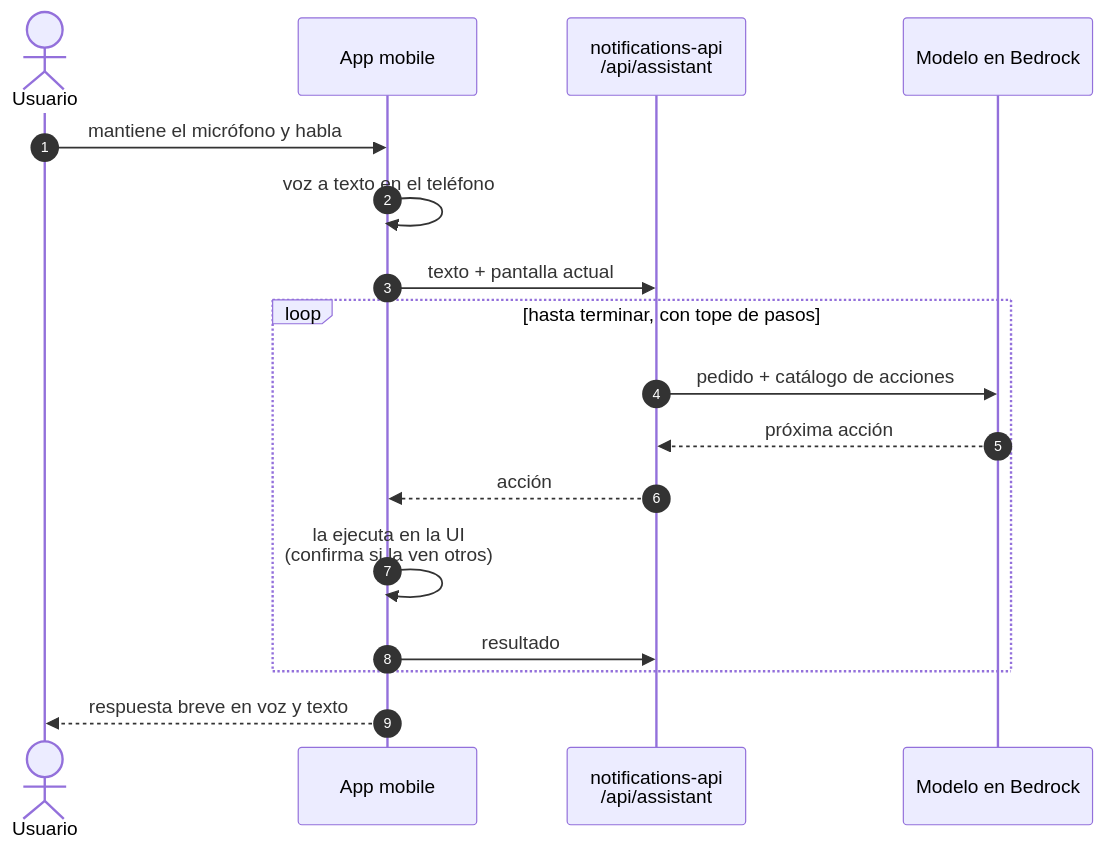
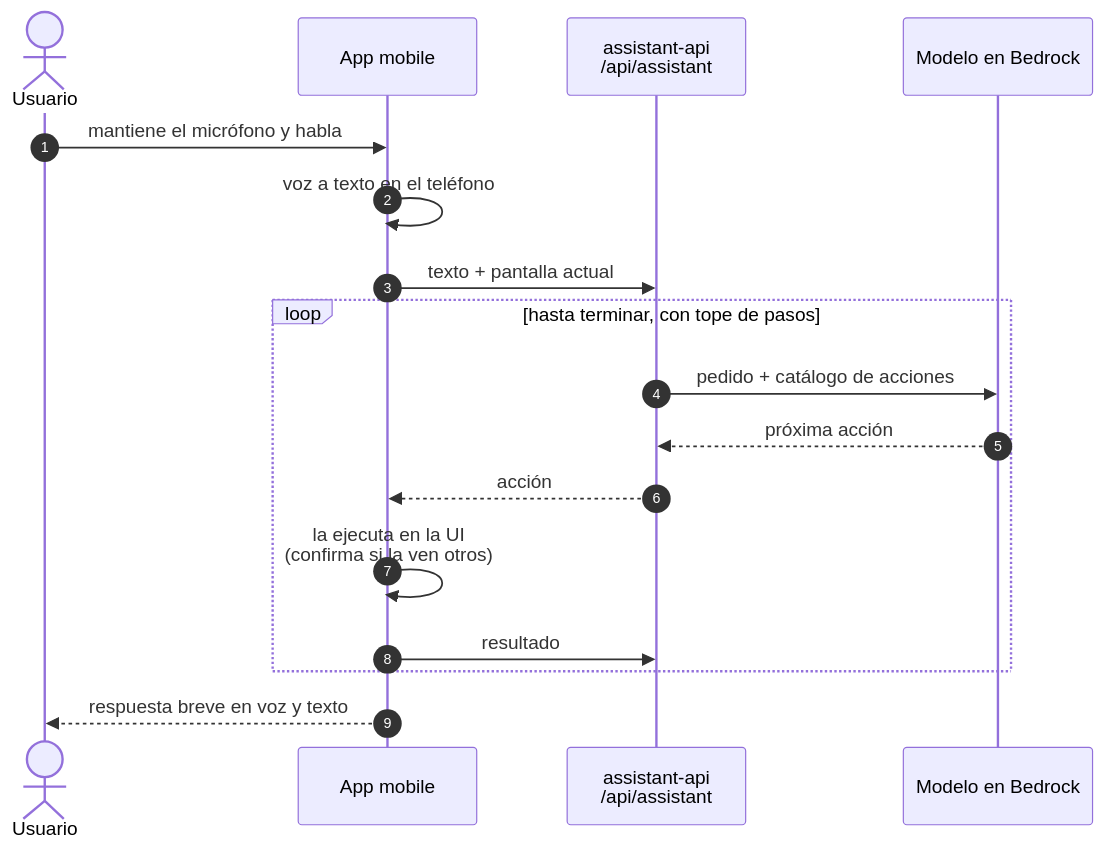
The diagram in docs/PROPUESTAS-IA.md (tds-g3-2s2026/udesa-x-platform), drawn with Mermaid before and after one commit. The commit also changed other lines of this file and 4 other files, not shown here.

````diff
--- a/docs/PROPUESTAS-IA.md
+++ b/docs/PROPUESTAS-IA.md
@@ -19,20 +19,20 @@
 ```mermaid
 sequenceDiagram
     autonumber
     actor USR as Usuario
     participant APP as App mobile
-    participant AST as notifications-api<br/>/api/assistant
+    participant AST as assistant-api<br/>/api/assistant
     participant LLM as Modelo en Bedrock
 
     USR->>APP: mantiene el micrófono y habla
     APP->>APP: voz a texto en el teléfono
     APP->>AST: texto + pantalla actual
     loop hasta terminar, con tope de pasos
         AST->>LLM: pedido + catálogo de acciones
         LLM-->>AST: próxima acción
         AST-->>APP: acción
         APP->>APP: la ejecuta en la UI<br/>(confirma si la ven otros)
         APP->>AST: resultado
     end
     APP-->>USR: respuesta breve en voz y texto
 ```
````
